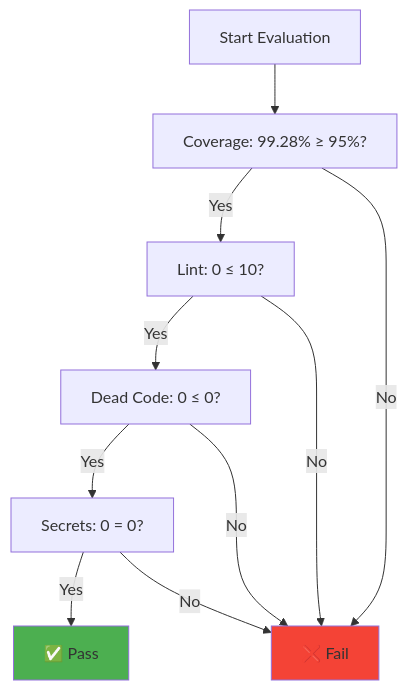
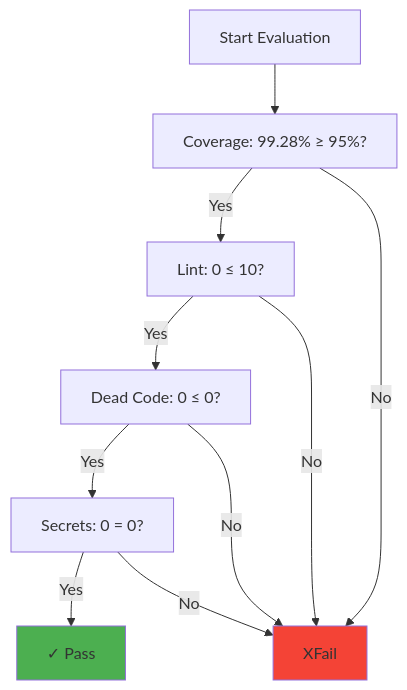
Before and after one commit to ericodx/swift-structure: the sixth of 10 diagrams in Docs/CI/pull-request-analysis.md, drawn with Mermaid. The commit also changed other lines of this file and 13 other files, not shown here.

````diff
--- a/Docs/CI/pull-request-analysis.md
+++ b/Docs/CI/pull-request-analysis.md
@@ -170,15 +170,15 @@
 ```mermaid
 flowchart TD
     A[Start Evaluation] --> B[Coverage: 99.28% ≥ 95%?]
     B -->|Yes| C[Lint: 0 ≤ 10?]
-    B -->|No| D[❌ Fail]
+    B -->|No| D[XFail]
     C -->|Yes| E[Dead Code: 0 ≤ 0?]
     C -->|No| D
     E -->|Yes| F[Secrets: 0 = 0?]
     E -->|No| D
-    F -->|Yes| G[✅ Pass]
+    F -->|Yes| G[✓ Pass]
     F -->|No| D
     
     style G fill:#4caf50
     style D fill:#f44336
 ```
````
